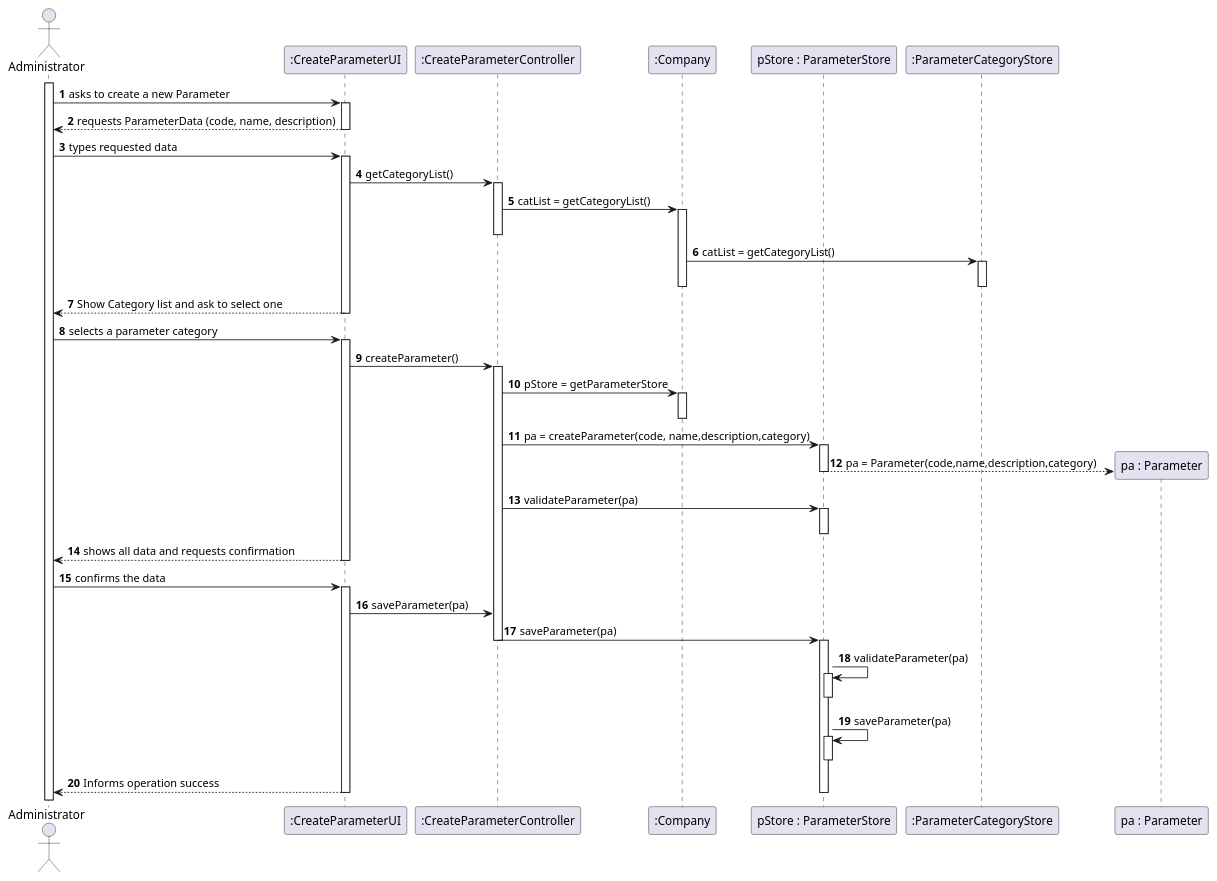
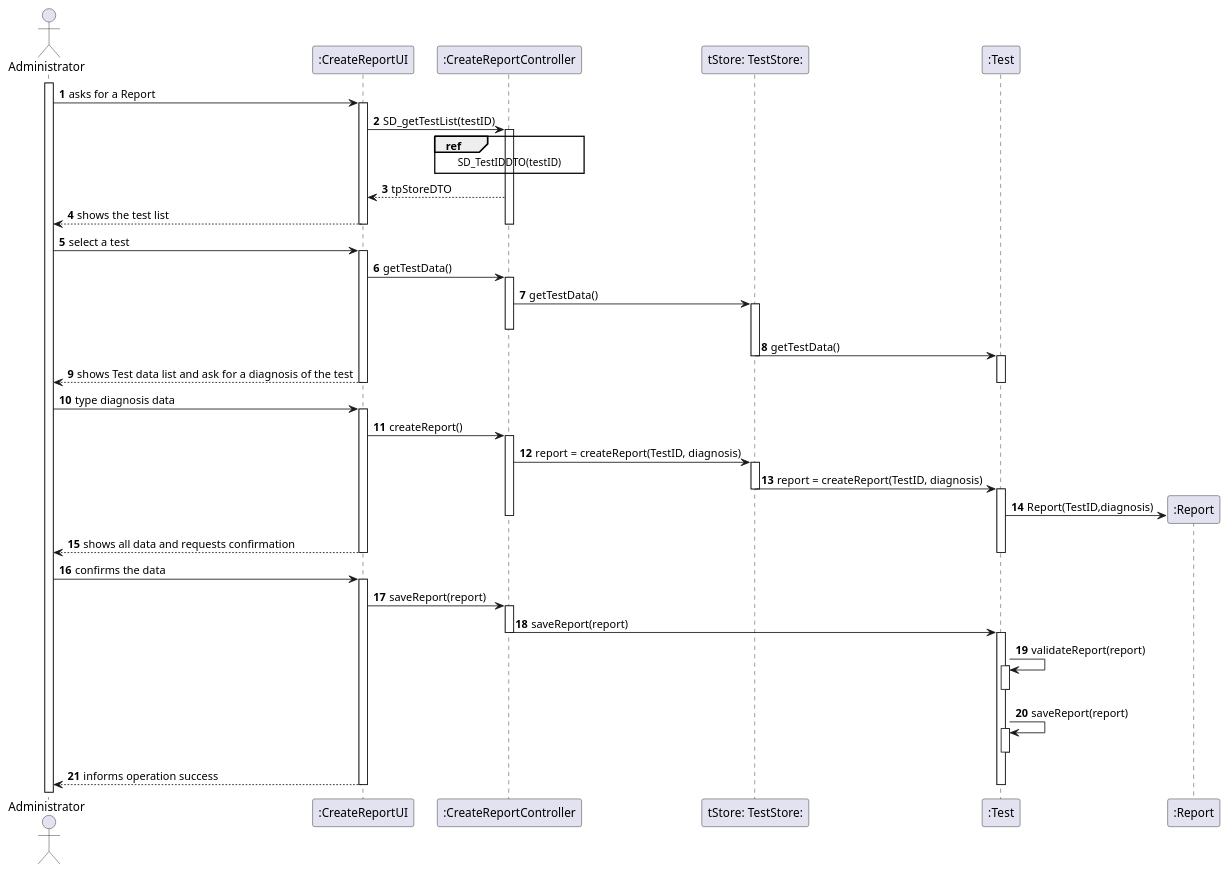
Before and after one commit to MarianaCLages/LAPR2: the diagram in docs/SprintC/US14/US14_SD.puml, drawn with PlantUML. The commit also changed 3 other files, not shown here.

```diff
--- a/docs/SprintC/US14/US14_SD.puml
+++ b/docs/SprintC/US14/US14_SD.puml
@@ -1,108 +1,114 @@
 @startuml
 autonumber
-'hide footbox
+
 actor "Administrator" as Administrator
 
-participant ":CreateParameterUI" as UI
-participant ":CreateParameterController" as CTRL
-participant ":Company" as COMPANY
-participant "pStore : ParameterStore" as PARAMETERSTORE
-participant ":ParameterCategoryStore" as CATEGORYSTORE
-participant "pa : Parameter" as PARAMETER
+participant ":CreateReportUI" as UI
+participant ":CreateReportController" as CTRL
+participant "tStore: TestStore:" as TESTSTORE
+participant ":Test" as TEST
+participant ":Report" as REPORT
 
 
 activate Administrator
-Administrator -> UI: asks to create a new Parameter
+Administrator -> UI: asks for a Report
 activate UI
 
-
-
-
-UI --> Administrator :requests ParameterData (code, name, description)
-deactivate UI
-
-
-Administrator -> UI : types requested data
-activate UI
-
-
-
-UI -> CTRL : getCategoryList()
+UI -> CTRL : SD_getTestList(testID)
+ref over CTRL: SD_TestIDDTO(testID)
 activate CTRL
 
-
-CTRL -> COMPANY : catList = getCategoryList()
-activate COMPANY
-deactivate CTRL
-
-COMPANY -> CATEGORYSTORE  : catList = getCategoryList()
-activate CATEGORYSTORE
-deactivate COMPANY
-deactivate CATEGORYSTORE
+CTRL --> UI: tpStoreDTO
 
 
 
 
 
 
-UI --> Administrator : Show Category list and ask to select one
+
+
+
+UI --> Administrator :shows the test list
 deactivate UI
+deactivate CTRL
+
+Administrator -> UI : select a test
+activate UI
+UI -> CTRL : getTestData()
+activate CTRL
+CTRL -> TESTSTORE : getTestData()
+activate TESTSTORE
+deactivate CTRL
+TESTSTORE -> TEST : getTestData()
+deactivate TESTSTORE
+activate TEST
+
+
+UI --> Administrator : shows Test data list and ask for a diagnosis of the test
+deactivate UI
+deactivate TEST
+
+
+
+
+Administrator -> UI : type diagnosis data
+activate UI
+
+
+
+
+UI-> CTRL : createReport()
+activate CTRL
+
+
+
+
+CTRL -> TESTSTORE : report = createReport(TestID, diagnosis)
+activate TESTSTORE
+
+
+TESTSTORE -> TEST : report = createReport(TestID, diagnosis)
+deactivate TESTSTORE
+activate TEST
+TEST -> REPORT ** :  Report(TestID,diagnosis)
 
 
 
 
 
-Administrator -> UI : selects a parameter category
-activate UI
+deactivate CTRL
 
 
 
-
-UI-> CTRL : createParameter()
-activate CTRL
-
-CTRL -> COMPANY : pStore = getParameterStore
-activate COMPANY
-deactivate COMPANY
-CTRL -> PARAMETERSTORE : pa = createParameter(code, name,description,category)
-
-activate PARAMETERSTORE
-
-PARAMETERSTORE --> PARAMETER **: pa = Parameter(code,name,description,category)
-
-
-deactivate PARAMETERSTORE
-CTRL -> PARAMETERSTORE : validateParameter(pa)
-activate PARAMETERSTORE
-deactivate PARAMETERSTORE
-
 UI --> Administrator : shows all data and requests confirmation
 deactivate UI
+deactivate TEST
 
 Administrator -> UI : confirms the data
 activate UI
 
-UI-> CTRL : saveParameter(pa)
+UI-> CTRL : saveReport(report)
+activate CTRL
 
-CTRL -> PARAMETERSTORE : saveParameter(pa)
+CTRL -> TEST : saveReport(report)
 deactivate CTRL
-activate PARAMETERSTORE
-PARAMETERSTORE -> PARAMETERSTORE : validateParameter(pa)
-activate PARAMETERSTORE
-deactivate PARAMETERSTORE
-PARAMETERSTORE -> PARAMETERSTORE : saveParameter(pa)
-activate PARAMETERSTORE
-deactivate PARAMETERSTORE
+activate TEST
+TEST -> TEST : validateReport(report)
+activate TEST
+deactivate TEST
+TEST -> TEST : saveReport(report)
+activate TEST
+deactivate TEST
 
-UI --> Administrator : Informs operation success
+UI --> Administrator : informs operation success
 deactivate UI
 
-deactivate PARAMETERSTORE
+deactivate TEST
 
 
 
 
 
 
 
 @enduml
```
